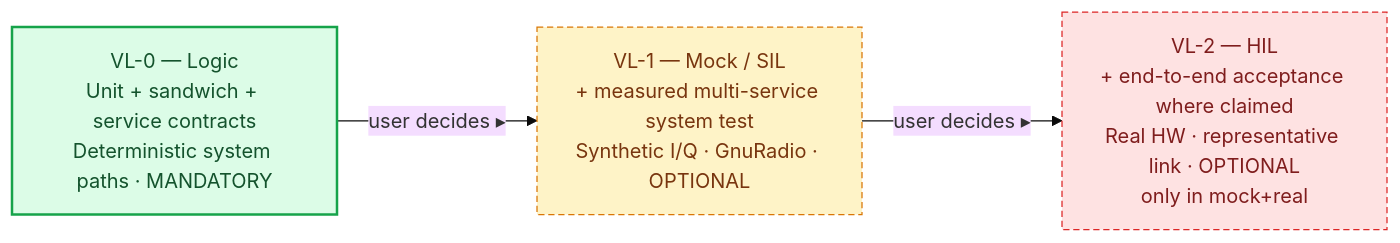
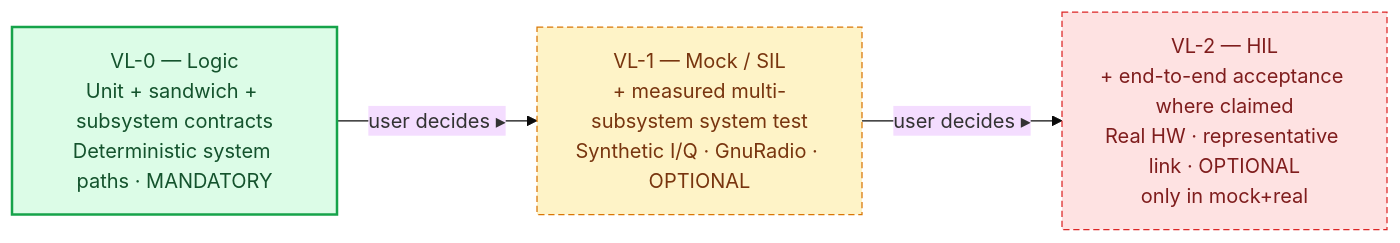
The ninth of 11 diagrams in methodology/V-SIL-v3/V-SIL_v3.md (dramirezbe/codeanvil-gcpds), drawn with Mermaid (base theme) before and after one commit. The commit also changed other lines of this file and 30 other files, not shown here.

First line of the commit message:
refactor: rename "service" to "subsystem" across methodology and tool

````diff
--- a/methodology/V-SIL-v3/V-SIL_v3.md
+++ b/methodology/V-SIL-v3/V-SIL_v3.md
@@ -364,12 +364,12 @@
 ```mermaid
 flowchart LR
     classDef mandatory fill:#dcfce7,stroke:#16a34a,color:#14532d,stroke-width:2px
     classDef optional fill:#fef3c7,stroke:#d97706,color:#78350f,stroke-dasharray:5 3
     classDef hil fill:#fee2e2,stroke:#dc2626,color:#7f1d1d,stroke-dasharray:5 3
 
-    VL0["VL-0 — Logic<br/>Unit + sandwich + service contracts<br/>Deterministic system paths · MANDATORY"]:::mandatory
-    VL1["VL-1 — Mock / SIL<br/>+ measured multi-service system test<br/>Synthetic I/Q · GnuRadio · OPTIONAL"]:::optional
+    VL0["VL-0 — Logic<br/>Unit + sandwich + subsystem contracts<br/>Deterministic system paths · MANDATORY"]:::mandatory
+    VL1["VL-1 — Mock / SIL<br/>+ measured multi-subsystem system test<br/>Synthetic I/Q · GnuRadio · OPTIONAL"]:::optional
     VL2["VL-2 — HIL<br/>+ end-to-end acceptance where claimed<br/>Real HW · representative link · OPTIONAL<br/>only in mock+real"]:::hil
 
     VL0 -->|"user decides ▸"| VL1 -->|"user decides ▸"| VL2
 ```
````
